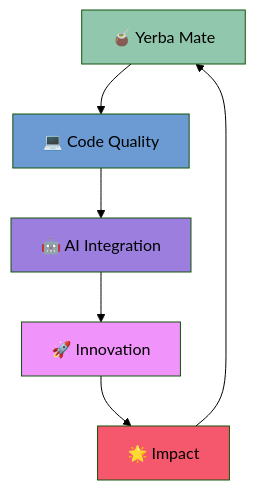
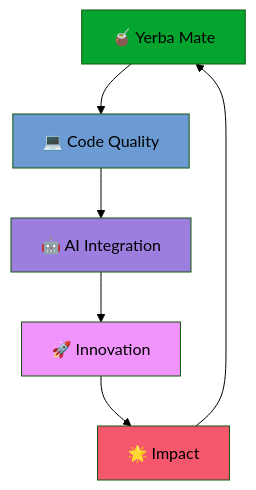
Before and after one commit to YahyaZekry/YahyaZekry: the diagram in README.md, drawn with Mermaid (forest theme). The commit also changed other lines of this file, not shown here.

Commit message:
Update README to generalize location description and enhance visual impact of diagram

````diff
--- a/README.md
+++ b/README.md
@@ -277,14 +277,14 @@
 ```mermaid
 graph TD
     A[🧉 Yerba Mate] --> B[💻 Code Quality]
     B --> C[🤖 AI Integration]
     C --> D[🚀 Innovation]
     D --> E[🌟 Impact]
     E --> A
     
-    style A fill:#91C7AC
+    style A fill:#05a42f
     style B fill:#6B9BD2
     style C fill:#9B7EDE
     style D fill:#F093FB
     style E fill:#F5576C
 ```
````
